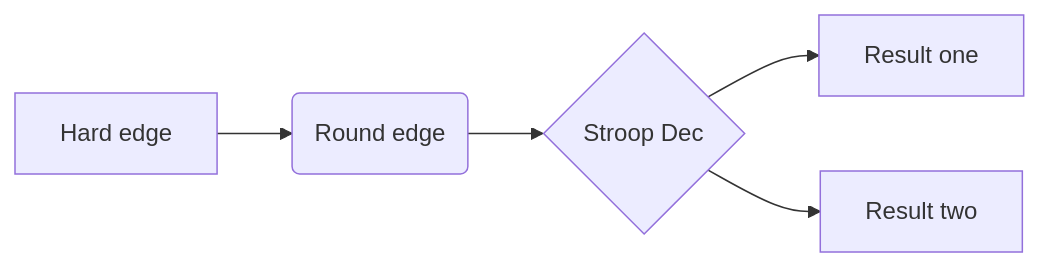
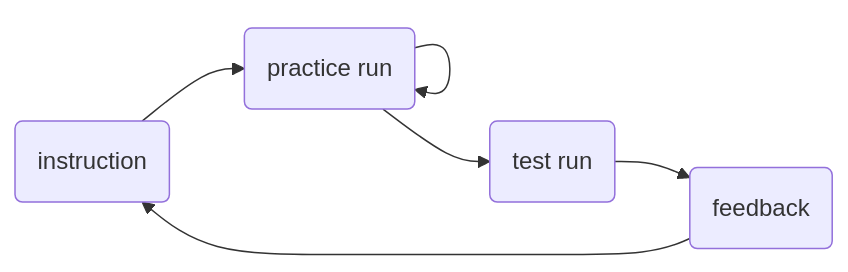
The diagram in pages/chapters/flowcharts.qmd (kogpsy/neuroscicomplabFS24), drawn with Mermaid before and after one commit.

````diff
--- a/pages/chapters/flowcharts.qmd
+++ b/pages/chapters/flowcharts.qmd
@@ -25,7 +25,5 @@
 ```{mermaid}
 flowchart LR
-  A[Hard edge] --> B(Round edge)
-  B --> C{Stroop Dec}
-  C --> D[Result one]
-  C --> E[Result two]
+  A(instruction) --> B(practice run) --> B(practice run) --> C(test run) --> D(feedback) --> A(instruction)
+  
 ```
````
